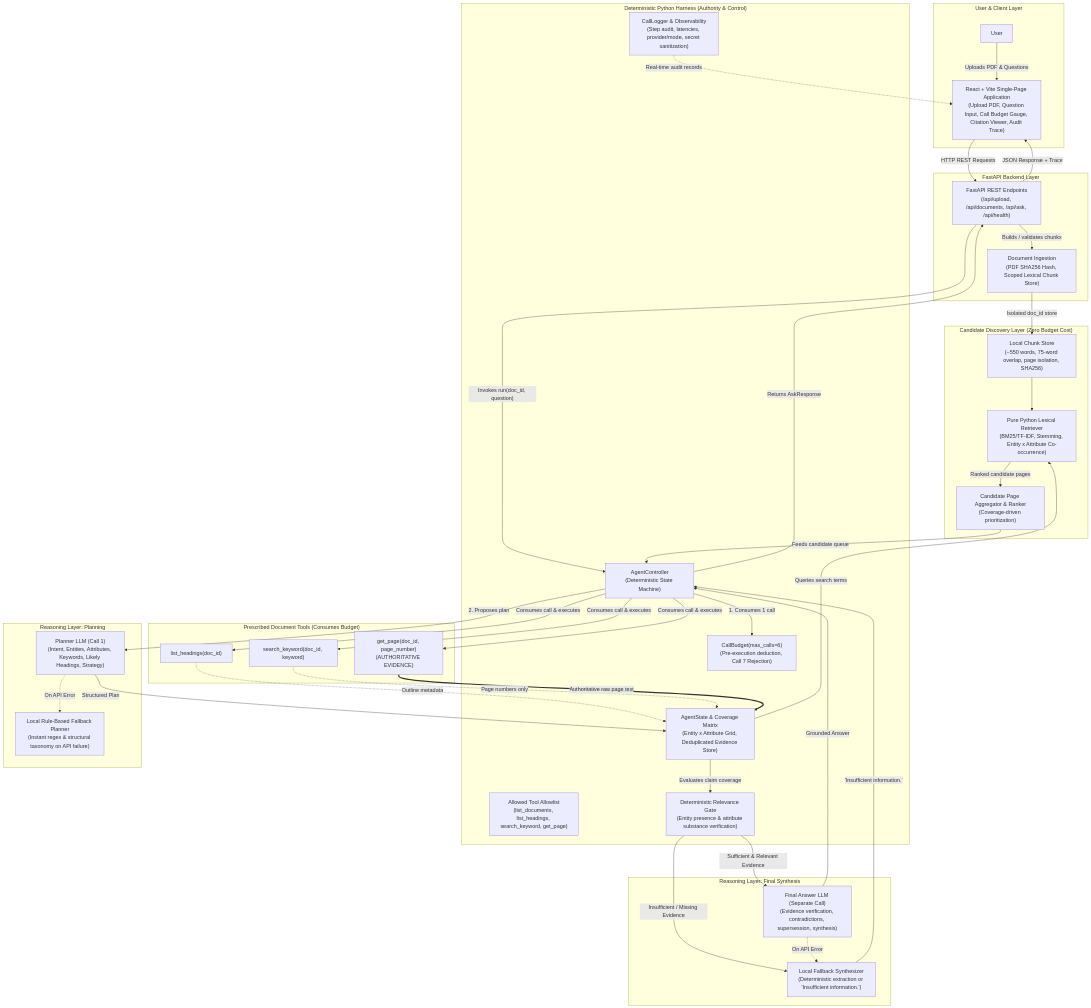
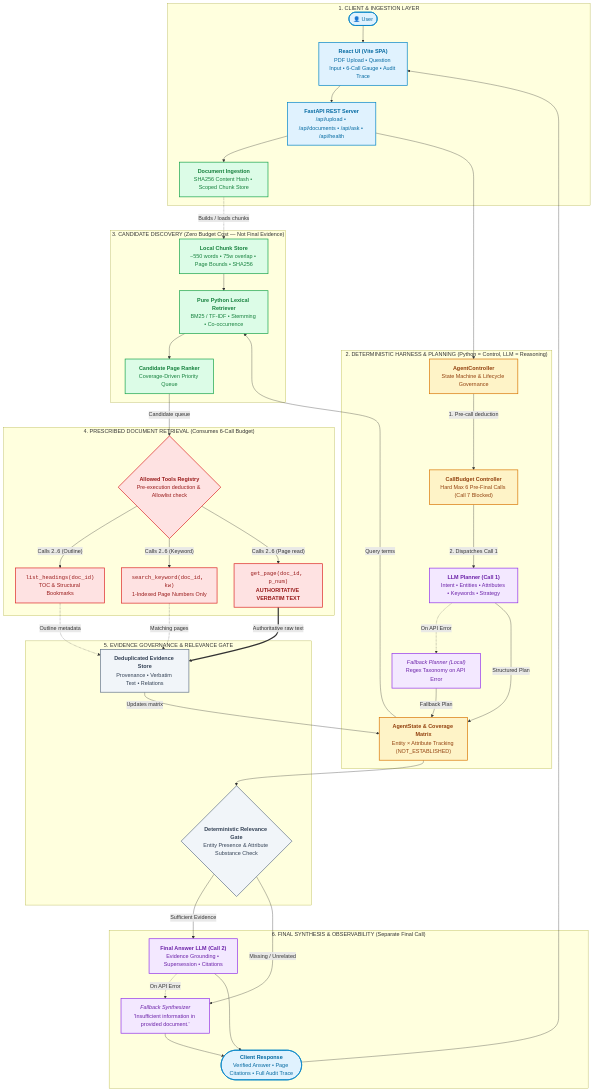
The first of 2 diagrams in MEMO.md (SHIN-1O1/RAP_Comp), drawn with Mermaid before and after one commit. The commit also changed other lines of this file, not shown here.

Commit message:
docs: streamline and beautify Mermaid architecture flowcharts for presentation

````diff
--- a/MEMO.md
+++ b/MEMO.md
@@ -28,79 +28,86 @@
 ```mermaid
 flowchart TD
-    subgraph USER_LAYER ["User & Client Layer"]
-        U["User"]
-        FE["React + Vite Single-Page Application\n(Upload PDF, Question Input, Call Budget Gauge, Citation Viewer, Audit Trace)"]
+    %% Global Styling Classes
+    classDef clientStyle fill:#e0f2fe,stroke:#0284c7,stroke-width:2px,color:#0369a1;
+    classDef harnessStyle fill:#fef3c7,stroke:#d97706,stroke-width:2px,color:#92400e;
+    classDef reasoningStyle fill:#f3e8ff,stroke:#9333ea,stroke-width:2px,color:#6b21a8;
+    classDef discoveryStyle fill:#dcfce7,stroke:#16a34a,stroke-width:2px,color:#15803d;
+    classDef toolStyle fill:#fee2e2,stroke:#dc2626,stroke-width:2px,color:#991b1b;
+    classDef gateStyle fill:#f1f5f9,stroke:#64748b,stroke-width:2px,color:#334155;
+
+    subgraph S1 ["1. CLIENT & INGESTION LAYER"]
+        U(["👤 User"]):::clientStyle
+        FE["<b>React UI (Vite SPA)</b><br/>PDF Upload • Question Input • 6-Call Gauge • Audit Trace"]:::clientStyle
+        API["<b>FastAPI REST Server</b><br/>/api/upload • /api/documents • /api/ask • /api/health"]:::clientStyle
+        INGEST["<b>Document Ingestion</b><br/>SHA256 Content Hash • Scoped Chunk Store"]:::discoveryStyle
     end
 
-    subgraph API_LAYER ["FastAPI Backend Layer"]
-        API["FastAPI REST Endpoints\n(/api/upload, /api/documents, /api/ask, /api/health)"]
-        INGEST["Document Ingestion\n(PDF SHA256 Hash, Scoped Lexical Chunk Store)"]
+    subgraph S2 ["2. DETERMINISTIC HARNESS & PLANNING (Python = Control, LLM = Reasoning)"]
+        CTRL["<b>AgentController</b><br/>State Machine & Lifecycle Governance"]:::harnessStyle
+        BUDGET["<b>CallBudget Controller</b><br/>Hard Max 6 Pre-Final Calls (Call 7 Blocked)"]:::harnessStyle
+        PLANNER["<b>LLM Planner (Call 1)</b><br/>Intent • Entities • Attributes • Keywords • Strategy"]:::reasoningStyle
+        FB_PLAN["<i>Fallback Planner (Local)</i><br/>Regex Taxonomy on API Error"]:::reasoningStyle
+        STATE["<b>AgentState & Coverage Matrix</b><br/>Entity × Attribute Tracking (NOT_ESTABLISHED)"]:::harnessStyle
     end
 
-    subgraph HARNESS_LAYER ["Deterministic Python Harness (Authority & Control)"]
-        CTRL["AgentController\n(Deterministic State Machine)"]
-        BUDGET["CallBudget(max_calls=6)\n(Pre-execution deduction, Call 7 Rejection)"]
-        REGISTRY["Allowed Tool Allowlist\n(list_documents, list_headings, search_keyword, get_page)"]
-        STATE["AgentState & Coverage Matrix\n(Entity x Attribute Grid, Deduplicated Evidence Store)"]
-        GATE["Deterministic Relevance Gate\n(Entity presence & attribute substance verification)"]
-        LOG["CallLogger & Observability\n(Step audit, latencies, provider/mode, secret sanitization)"]
+    subgraph S3 ["3. CANDIDATE DISCOVERY (Zero Budget Cost — Not Final Evidence)"]
+        CHUNKS["<b>Local Chunk Store</b><br/>~550 words • 75w overlap • Page Bounds • SHA256"]:::discoveryStyle
+        BM25["<b>Pure Python Lexical Retriever</b><br/>BM25 / TF-IDF • Stemming • Co-occurrence"]:::discoveryStyle
+        CAND_PAGES["<b>Candidate Page Ranker</b><br/>Coverage-Driven Priority Queue"]:::discoveryStyle
     end
 
-    subgraph PLANNING_LAYER ["Reasoning Layer: Planning"]
-        PLAN_LLM["Planner LLM (Call 1)\n(Intent, Entities, Attributes, Keywords, Likely Headings, Strategy)"]
-        PLAN_FB["Local Rule-Based Fallback Planner\n(Instant regex & structural taxonomy on API failure)"]
+    subgraph S4 ["4. PRESCRIBED DOCUMENT RETRIEVAL (Consumes 6-Call Budget)"]
+        REGISTRY{"<b>Allowed Tools Registry</b><br/>Pre-execution deduction & Allowlist check"}:::toolStyle
+        T_HEAD["<code>list_headings(doc_id)</code><br/>TOC & Structural Bookmarks"]:::toolStyle
+        T_KW["<code>search_keyword(doc_id, kw)</code><br/>1-Indexed Page Numbers Only"]:::toolStyle
+        T_PAGE["<code>get_page(doc_id, p_num)</code><br/><b>AUTHORITATIVE VERBATIM TEXT</b>"]:::toolStyle
     end
 
-    subgraph DISCOVERY_LAYER ["Candidate Discovery Layer (Zero Budget Cost)"]
-        CHUNKS["Local Chunk Store\n(~550 words, 75-word overlap, page isolation, SHA256)"]
-        BM25["Pure Python Lexical Retriever\n(BM25/TF-IDF, Stemming, Entity x Attribute Co-occurrence)"]
-        RANK["Candidate Page Aggregator & Ranker\n(Coverage-driven prioritization)"]
+    subgraph S5 ["5. EVIDENCE GOVERNANCE & RELEVANCE GATE"]
+        EVID_STORE["<b>Deduplicated Evidence Store</b><br/>Provenance • Verbatim Text • Relations"]:::gateStyle
+        REL_GATE{"<b>Deterministic Relevance Gate</b><br/>Entity Presence & Attribute Substance Check"}:::gateStyle
     end
 
-    subgraph PRESCRIBED_TOOLS ["Prescribed Document Tools (Consumes Budget)"]
-        T_HEAD["list_headings(doc_id)"]
-        T_KW["search_keyword(doc_id, keyword)"]
-        T_PAGE["get_page(doc_id, page_number)\n(AUTHORITATIVE EVIDENCE)"]
+    subgraph S6 ["6. FINAL SYNTHESIS & OBSERVABILITY (Separate Final Call)"]
+        FINAL_LLM["<b>Final Answer LLM (Call 2)</b><br/>Evidence Grounding • Supersession • Citations"]:::reasoningStyle
+        FINAL_FB["<i>Fallback Synthesizer</i><br/>'Insufficient information in provided document.'"]:::reasoningStyle
+        OUTPUT(["<b>Client Response</b><br/>Verified Answer • Page Citations • Full Audit Trace"]):::clientStyle
     end
 
-    subgraph FINAL_LAYER ["Reasoning Layer: Final Synthesis"]
-        FINAL_LLM["Final Answer LLM (Separate Call)\n(Evidence verification, contradictions, supersession, synthesis)"]
-        FINAL_FB["Local Fallback Synthesizer\n(Deterministic extraction or 'Insufficient information.')"]
-    end
+    %% Sequential Pipeline Connections
+    U --> FE
+    FE --> API
+    API --> INGEST
+    INGEST -.->|"Builds / loads chunks"| CHUNKS
+    API --> CTRL
 
-    %% Flow Connections
-    U -->|"Uploads PDF & Questions"| FE
-    FE -->|"HTTP REST Requests"| API
-    API -->|"Builds / validates chunks"| INGEST
-    INGEST -->|"Isolated doc_id store"| CHUNKS
-    API -->|"Invokes run(doc_id, question)"| CTRL
+    CTRL -->|"1. Pre-call deduction"| BUDGET
+    BUDGET -->|"2. Dispatches Call 1"| PLANNER
+    PLANNER -.->|"On API Error"| FB_PLAN
+    PLANNER -->|"Structured Plan"| STATE
+    FB_PLAN -->|"Fallback Plan"| STATE
 
-    CTRL -->|"1. Consumes 1 call"| BUDGET
-    CTRL -->|"2. Proposes plan"| PLAN_LLM
-    PLAN_LLM -.->|"On API Error"| PLAN_FB
-    PLAN_LLM -->|"Structured Plan"| STATE
+    STATE -->|"Query terms"| BM25
+    CHUNKS --> BM25
+    BM25 --> CAND_PAGES
+    CAND_PAGES -->|"Candidate queue"| REGISTRY
 
-    STATE -->|"Queries search terms"| BM25
-    CHUNKS --> BM25
-    BM25 -->|"Ranked candidate pages"| RANK
-    RANK -->|"Feeds candidate queue"| CTRL
+    REGISTRY -->|"Calls 2..6 (Outline)"| T_HEAD
+    REGISTRY -->|"Calls 2..6 (Keyword)"| T_KW
+    REGISTRY -->|"Calls 2..6 (Page read)"| T_PAGE
 
-    CTRL -->|"Consumes call & executes"| T_HEAD
-    CTRL -->|"Consumes call & executes"| T_KW
-    CTRL -->|"Consumes call & executes"| T_PAGE
+    T_HEAD -.->|"Outline metadata"| EVID_STORE
+    T_KW -.->|"Matching pages"| EVID_STORE
+    T_PAGE ==>|"Authoritative raw text"| EVID_STORE
 
-    T_HEAD -.->|"Outline metadata"| STATE
-    T_KW -.->|"Page numbers only"| STATE
-    T_PAGE ==>|"Authoritative raw page text"| STATE
+    EVID_STORE -->|"Updates matrix"| STATE
+    STATE --> REL_GATE
 
-    STATE -->|"Evaluates claim coverage"| GATE
-    GATE -->|"Sufficient & Relevant Evidence"| FINAL_LLM
-    GATE -->|"Insufficient / Missing Evidence"| FINAL_FB
+    REL_GATE -->|"Sufficient Evidence"| FINAL_LLM
+    REL_GATE -->|"Missing / Unrelated"| FINAL_FB
     FINAL_LLM -.->|"On API Error"| FINAL_FB
 
-    FINAL_LLM -->|"Grounded Answer"| CTRL
-    FINAL_FB -->|"'Insufficient information.'"| CTRL
-    CTRL -->|"Returns AskResponse"| API
-    API -->|"JSON Response + Trace"| FE
-    LOG -.->|"Real-time audit records"| FE
+    FINAL_LLM --> OUTPUT
+    FINAL_FB --> OUTPUT
+    OUTPUT --> FE
 ```
````
